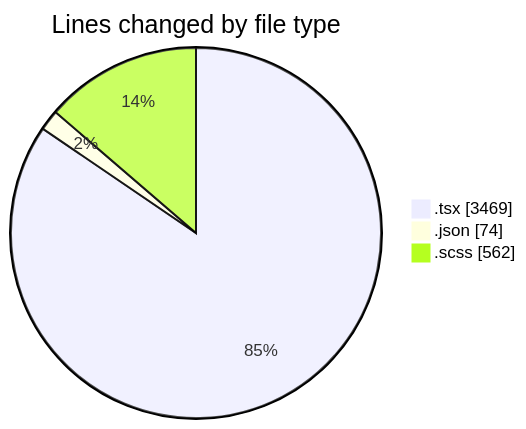
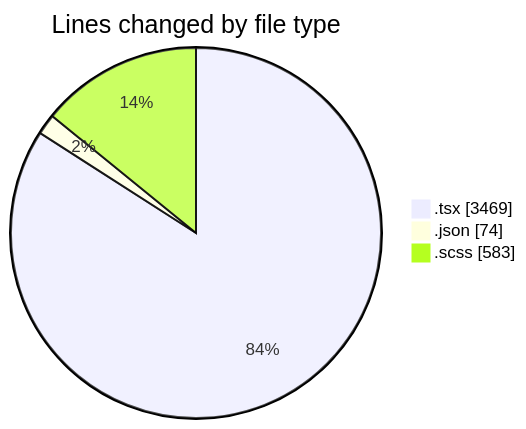
One commit to momahboobian/code-tracking changed the first of 2 diagrams in 2025-04-08/cda/README.md. Above: the diagram before and after it, drawn with Mermaid. The commit also changed other lines of this file and 1 other file, not shown here.

````diff
--- a/2025-04-08/cda/README.md
+++ b/2025-04-08/cda/README.md
@@ -32,7 +32,7 @@
 ```mermaid
 pie showData
 title Lines changed by file type
 ".tsx" : 3469
 ".json" : 74
-".scss" : 562
+".scss" : 583
 ```
````
